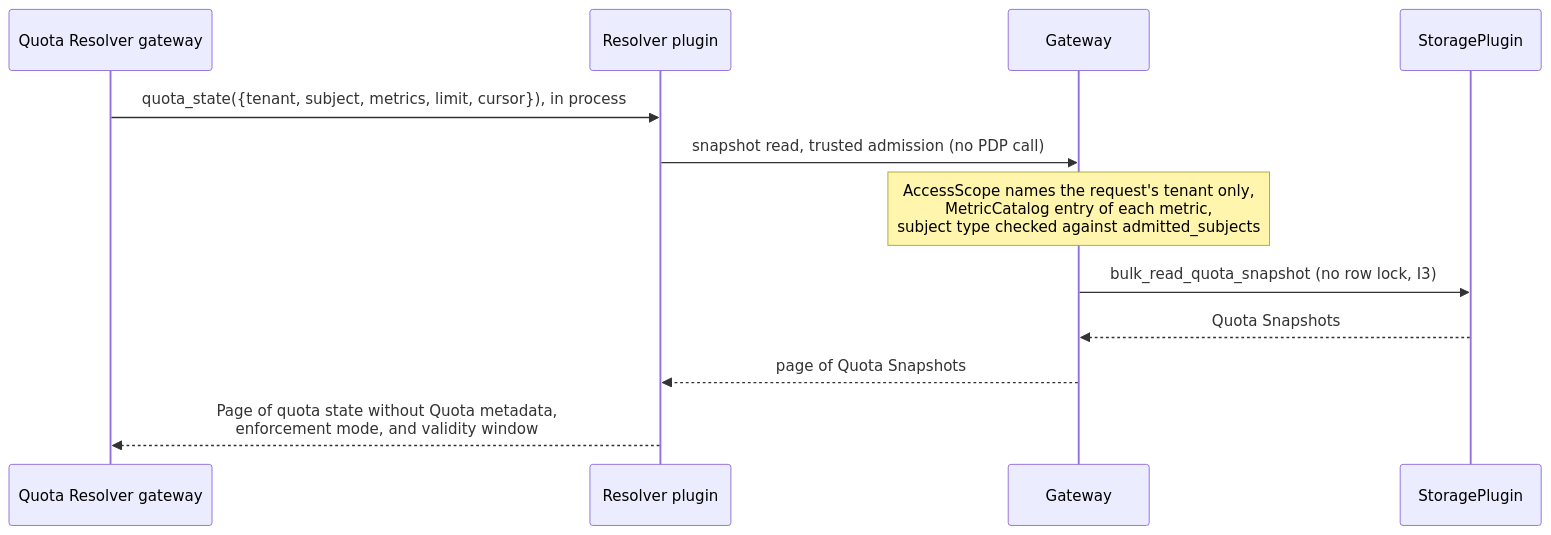
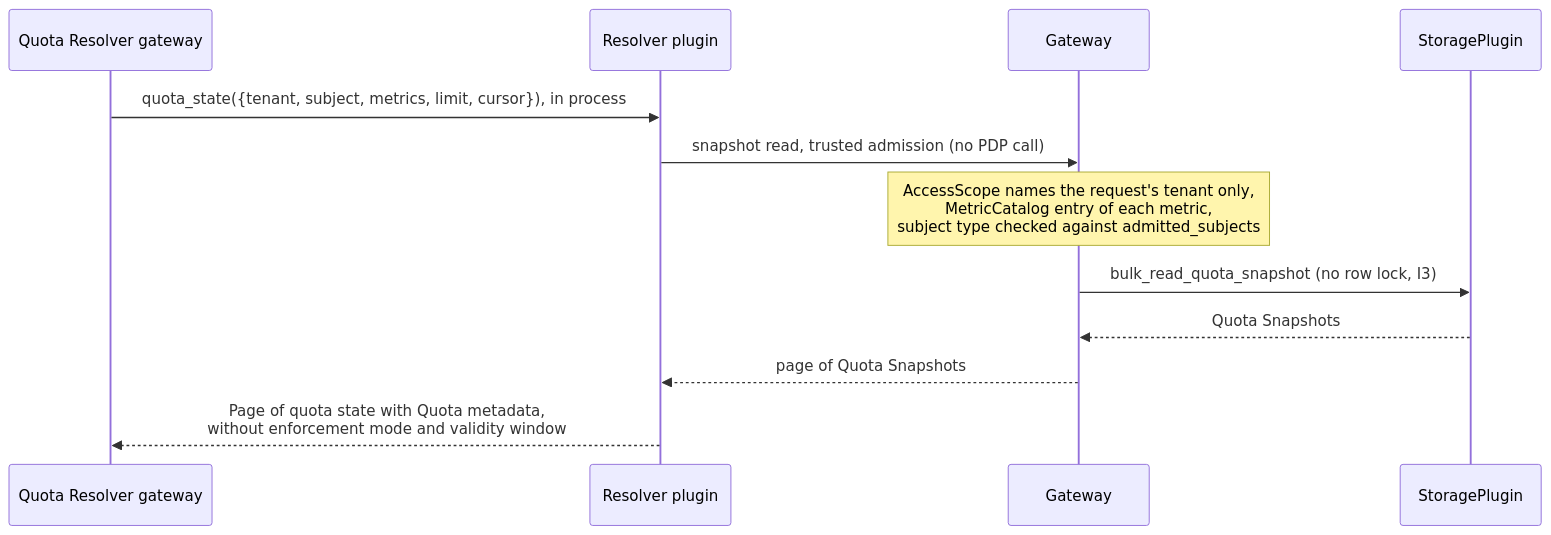
Before and after one commit to constructorfabric/gears-rust: diagram 12 of 18 in gears/system/quota-enforcement/docs/DESIGN.md, drawn with Mermaid. The commit also changed other lines of this file and 285 other files, not shown here.

Commit message:
feat(quota-enforcement): implement QR, update QE

````diff
--- a/gears/system/quota-enforcement/docs/DESIGN.md
+++ b/gears/system/quota-enforcement/docs/DESIGN.md
@@ -2201,14 +2237,14 @@
 ```mermaid
 sequenceDiagram
     participant QR as Quota Resolver gateway
     participant RP as Resolver plugin
     participant GW as Gateway
     participant SP as StoragePlugin
     QR ->> RP: quota_state({tenant, subject, metrics, limit, cursor}), in process
     RP ->> GW: snapshot read, trusted admission (no PDP call)
     Note over GW: AccessScope names the request's tenant only,<br/>MetricCatalog entry of each metric,<br/>subject type checked against admitted_subjects
     GW ->> SP: bulk_read_quota_snapshot (no row lock, I3)
     SP -->> GW: Quota Snapshots
     GW -->> RP: page of Quota Snapshots
-    RP -->> QR: Page of quota state without Quota metadata,<br/>enforcement mode, and validity window
+    RP -->> QR: Page of quota state with Quota metadata,<br/>without enforcement mode and validity window
 ```
````
